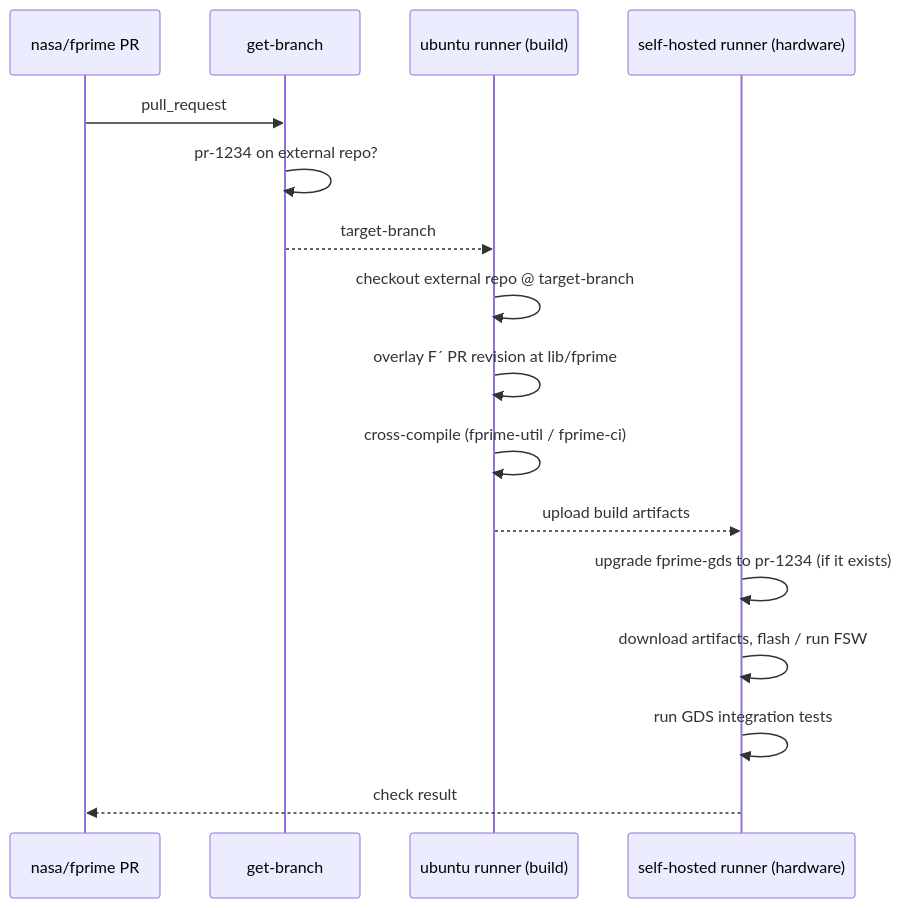
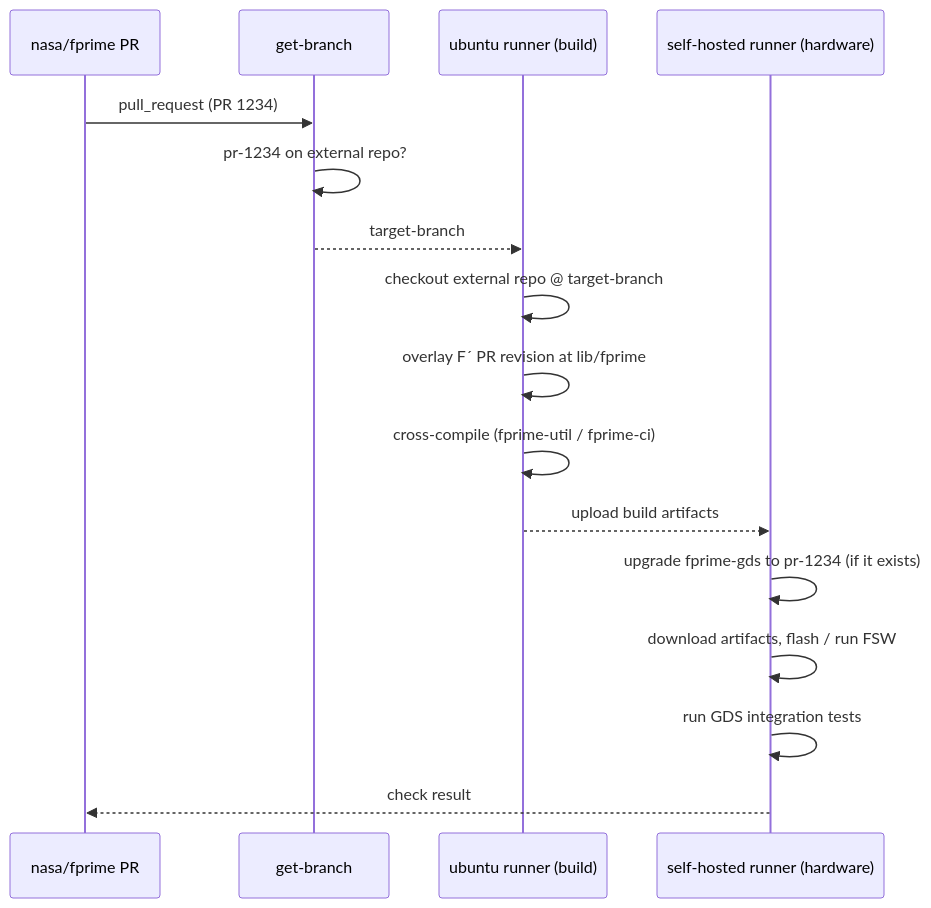
One commit to JPL-Devin/fprime changed the third of 4 diagrams in docs/reference/continuous-integration.md. Above: the diagram before and after it, drawn with Mermaid. The commit also changed other lines of this file, not shown here.

````diff
--- a/docs/reference/continuous-integration.md
+++ b/docs/reference/continuous-integration.md
@@ -257,18 +261,18 @@
 ```mermaid
 sequenceDiagram
     participant GH as nasa/fprime PR
     participant GB as get-branch
     participant U as ubuntu runner (build)
     participant S as self-hosted runner (hardware)
-    GH->>GB: pull_request #1234
+    GH->>GB: pull_request (PR 1234)
     GB->>GB: pr-1234 on external repo?
     GB-->>U: target-branch
     U->>U: checkout external repo @ target-branch
     U->>U: overlay F´ PR revision at lib/fprime
     U->>U: cross-compile (fprime-util / fprime-ci)
     U-->>S: upload build artifacts
     S->>S: upgrade fprime-gds to pr-1234 (if it exists)
     S->>S: download artifacts, flash / run FSW
     S->>S: run GDS integration tests
     S-->>GH: check result
 ```
````
